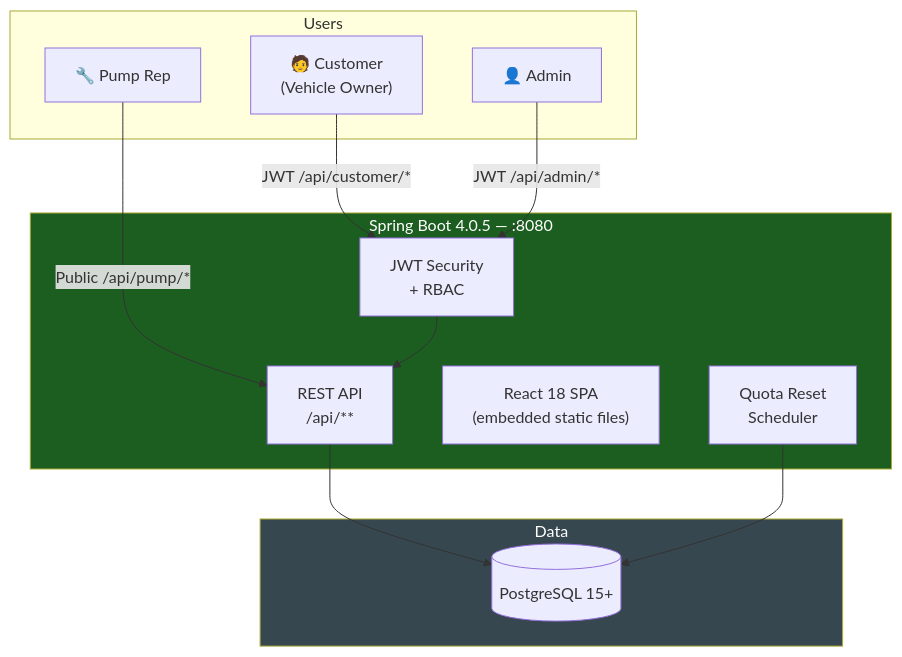
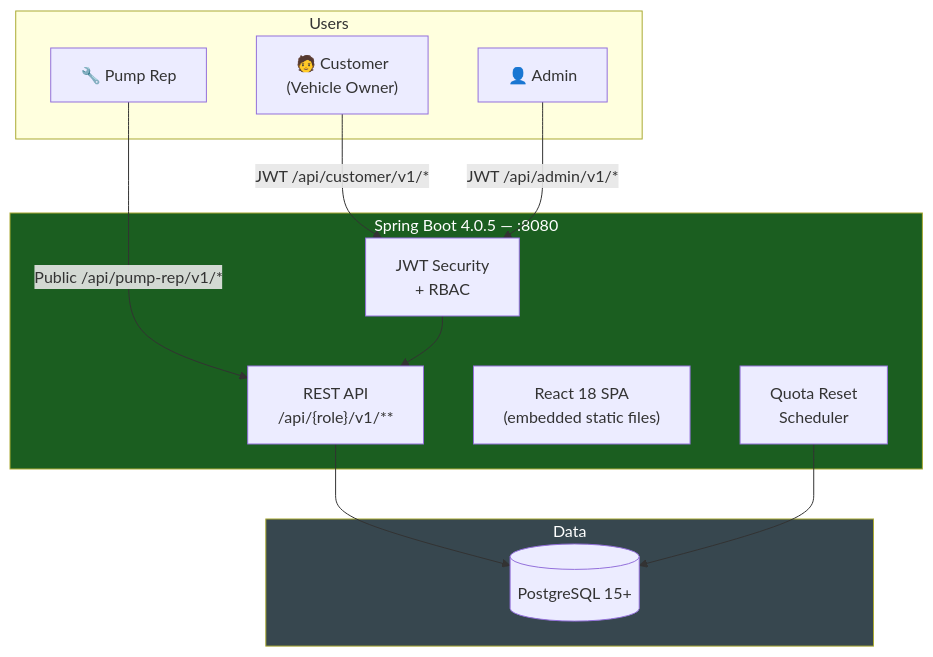
Before and after one commit to eendroroy/automated-fuel-quota: the diagram in README.md, drawn with Mermaid. The commit also changed other lines of this file and 54 other files, not shown here.

````diff
--- a/README.md
+++ b/README.md
@@ -14,29 +14,29 @@
 ```mermaid
 graph TD
     subgraph Users
         C["🧑 Customer<br/>(Vehicle Owner)"]
         A["👤 Admin"]
         P["🔧 Pump Rep"]
     end
 
     subgraph SpringBoot["Spring Boot 4.0.5 — :8080"]
-        API["REST API<br/>/api/**"]
+        API["REST API<br/>/api/{role}/v1/**"]
         SPA["React 18 SPA<br/>(embedded static files)"]
         SEC["JWT Security<br/>+ RBAC"]
         SCHED["Quota Reset<br/>Scheduler"]
     end
 
     subgraph Data
         PG[("PostgreSQL 15+")]
     end
 
-    C -->|JWT /api/customer/*| SEC
-    A -->|JWT /api/admin/*| SEC
-    P -->|Public /api/pump/*| API
+    C -->|JWT /api/customer/v1/*| SEC
+    A -->|JWT /api/admin/v1/*| SEC
+    P -->|Public /api/pump-rep/v1/*| API
     SEC --> API
     API --> PG
     SCHED --> PG
 
     style SpringBoot fill:#1b5e20,color:#fff
     style Data fill:#37474f,color:#fff
 ```
````
